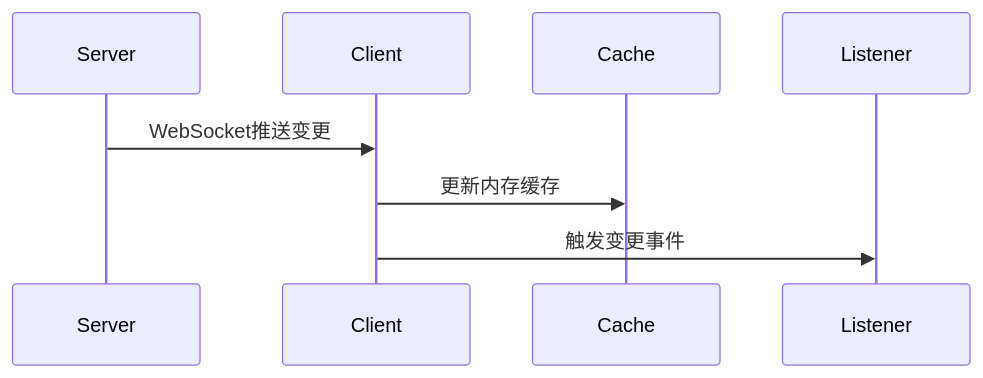
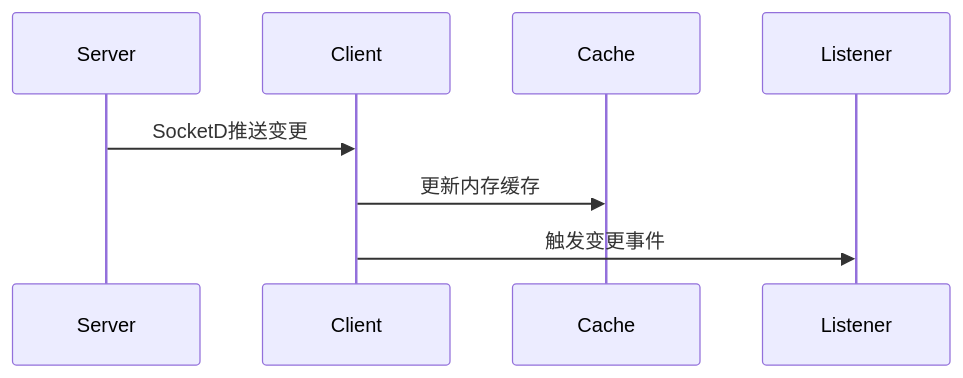
One commit to wang-jianwu/xuantong changed the third of 4 diagrams in README.md. Above: the diagram before and after it, drawn with Mermaid. The commit also changed other lines of this file and 105 other files, not shown here.

````diff
--- a/README.md
+++ b/README.md
@@ -63,6 +63,6 @@
 ```mermaid
 sequenceDiagram
-    Server->>Client: WebSocket推送变更
+    Server->>Client: SocketD推送变更
     Client->>Cache: 更新内存缓存
     Client->>Listener: 触发变更事件
 ```
````
